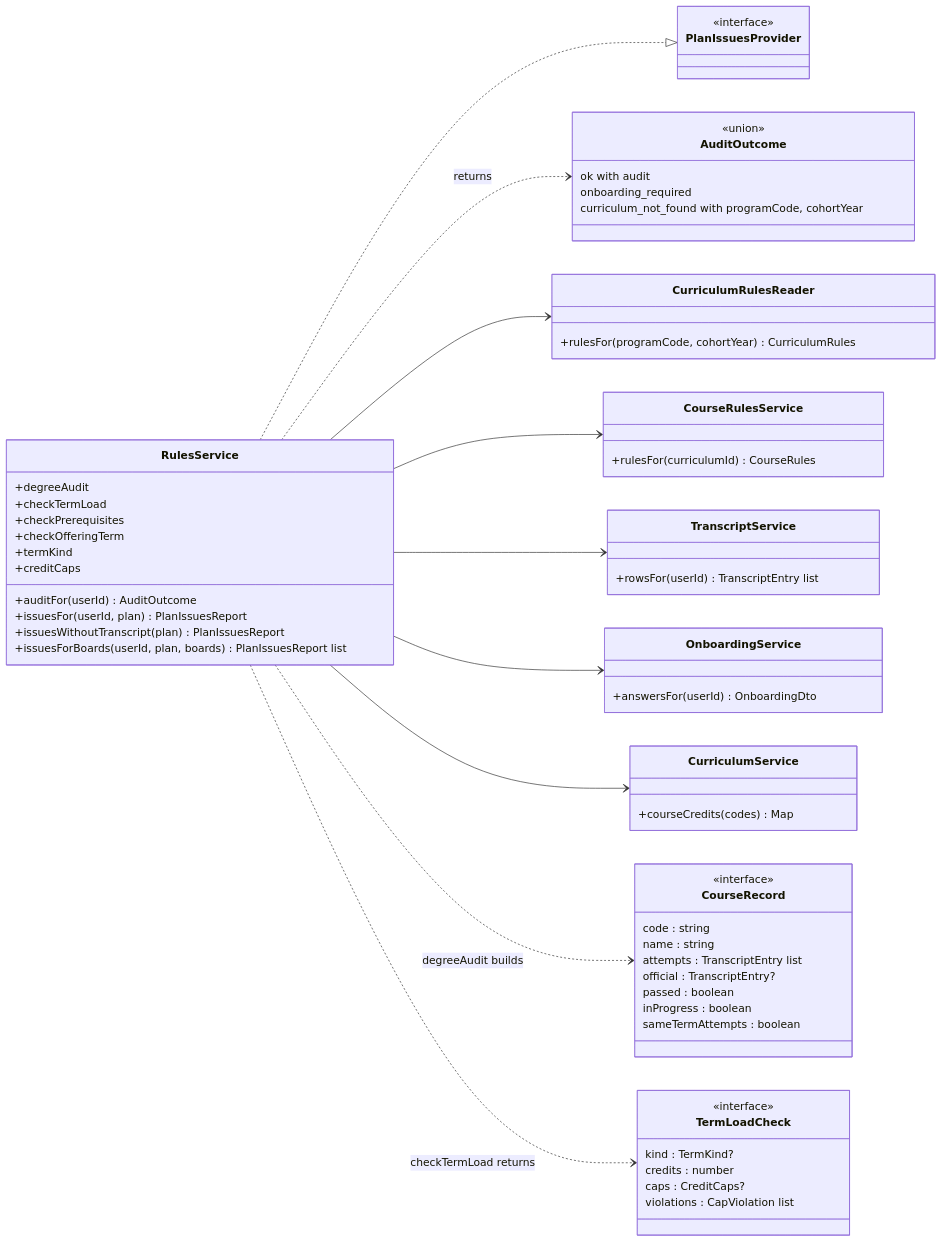
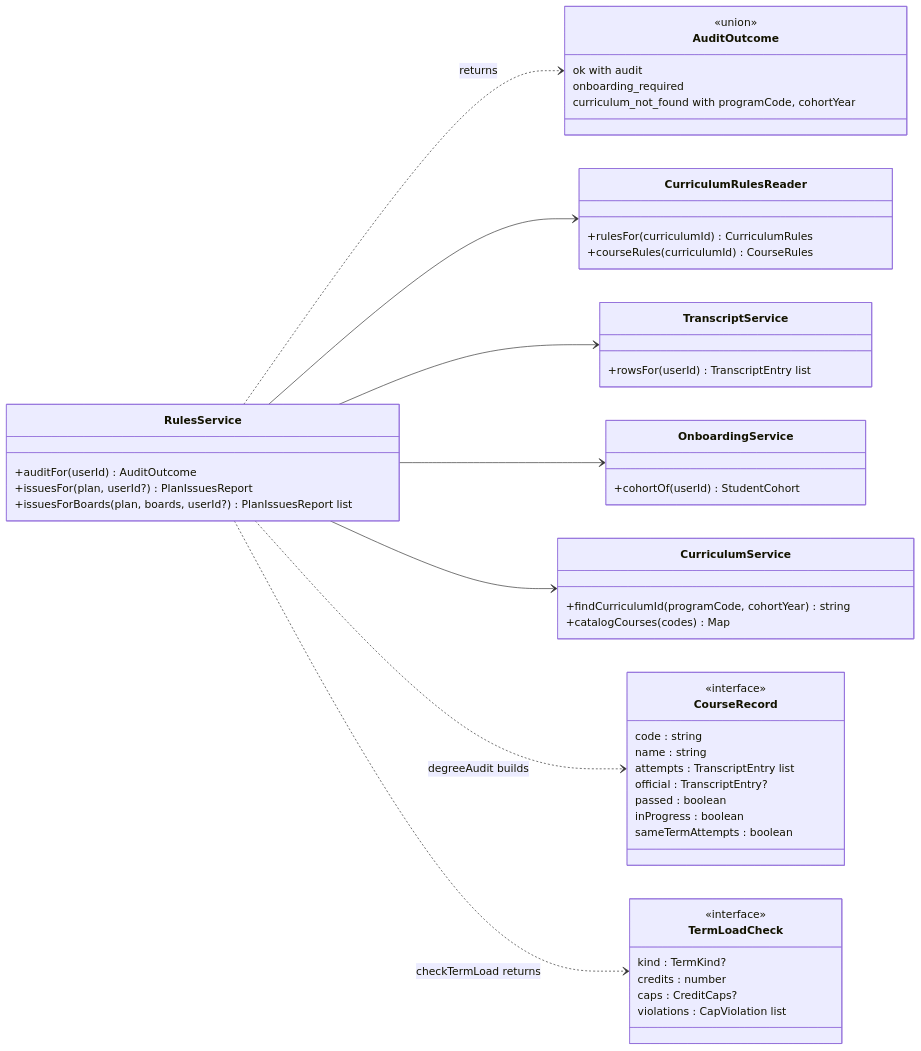
Before and after one commit to LLaammTTeerr/omnicourses: diagram 11 of 17 in docs/analysis-and-design/class-model.md, drawn with Mermaid. The commit also changed other lines of this file and 11 other files, not shown here.

````diff
--- a/docs/analysis-and-design/class-model.md
+++ b/docs/analysis-and-design/class-model.md
@@ -784,66 +782,53 @@
 ```mermaid
 classDiagram
     direction LR
     class RulesService {
         +auditFor(userId) AuditOutcome
-        +issuesFor(userId, plan) PlanIssuesReport
-        +issuesWithoutTranscript(plan) PlanIssuesReport
-        +issuesForBoards(userId, plan, boards) PlanIssuesReport list
-        +degreeAudit
-        +checkTermLoad
-        +checkPrerequisites
-        +checkOfferingTerm
-        +termKind
-        +creditCaps
-    }
-    class PlanIssuesProvider {
-        <<interface>>
+        +issuesFor(plan, userId?) PlanIssuesReport
+        +issuesForBoards(plan, boards, userId?) PlanIssuesReport list
     }
     class AuditOutcome {
         <<union>>
         ok with audit
         onboarding_required
         curriculum_not_found with programCode, cohortYear
     }
     class CourseRecord {
         <<interface>>
         code : string
         name : string
         attempts : TranscriptEntry list
         official : TranscriptEntry?
         passed : boolean
         inProgress : boolean
         sameTermAttempts : boolean
     }
     class TermLoadCheck {
         <<interface>>
         kind : TermKind?
         credits : number
         caps : CreditCaps?
         violations : CapViolation list
     }
     class CurriculumRulesReader {
-        +rulesFor(programCode, cohortYear) CurriculumRules
-    }
-    class CourseRulesService {
-        +rulesFor(curriculumId) CourseRules
+        +rulesFor(curriculumId) CurriculumRules
+        +courseRules(curriculumId) CourseRules
     }
     class TranscriptService {
         +rowsFor(userId) TranscriptEntry list
     }
     class OnboardingService {
-        +answersFor(userId) OnboardingDto
+        +cohortOf(userId) StudentCohort
     }
     class CurriculumService {
-        +courseCredits(codes) Map
+        +findCurriculumId(programCode, cohortYear) string
+        +catalogCourses(codes) Map
     }
-    RulesService ..|> PlanIssuesProvider
     RulesService ..> AuditOutcome : returns
     RulesService --> CurriculumRulesReader
-    RulesService --> CourseRulesService
     RulesService --> TranscriptService
     RulesService --> OnboardingService
     RulesService --> CurriculumService
     RulesService ..> CourseRecord : degreeAudit builds
     RulesService ..> TermLoadCheck : checkTermLoad returns
 ```
````
